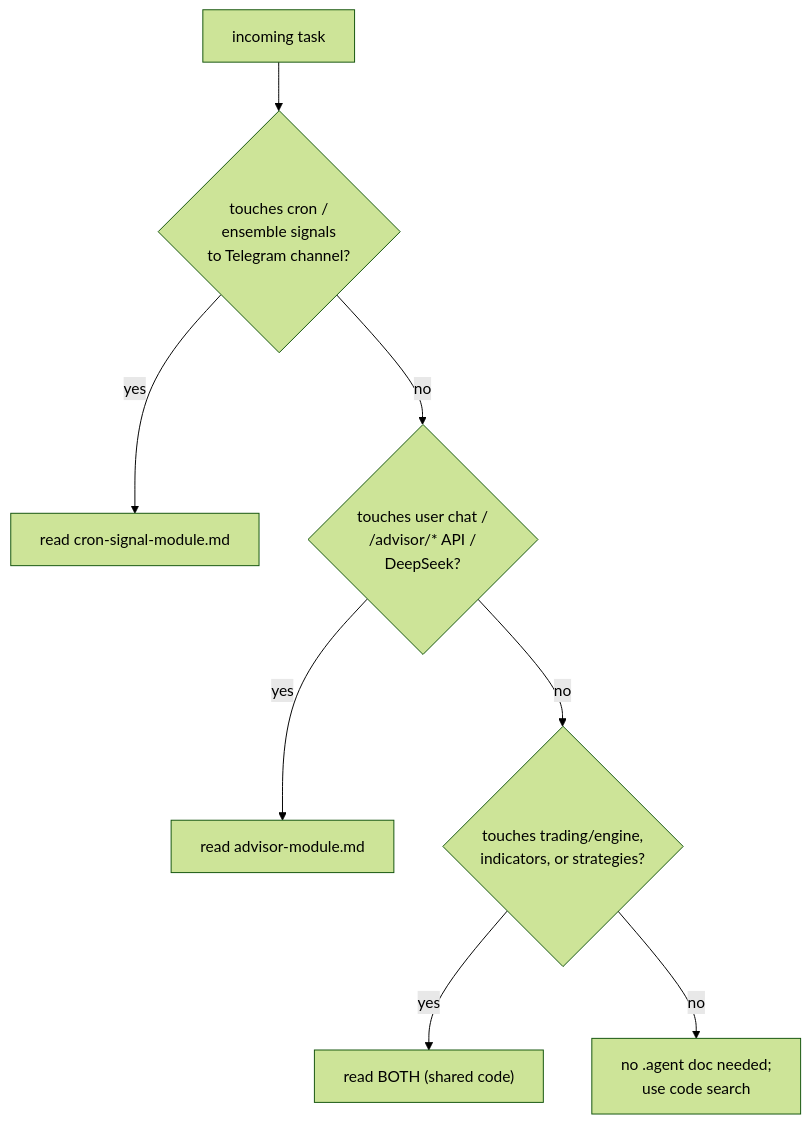
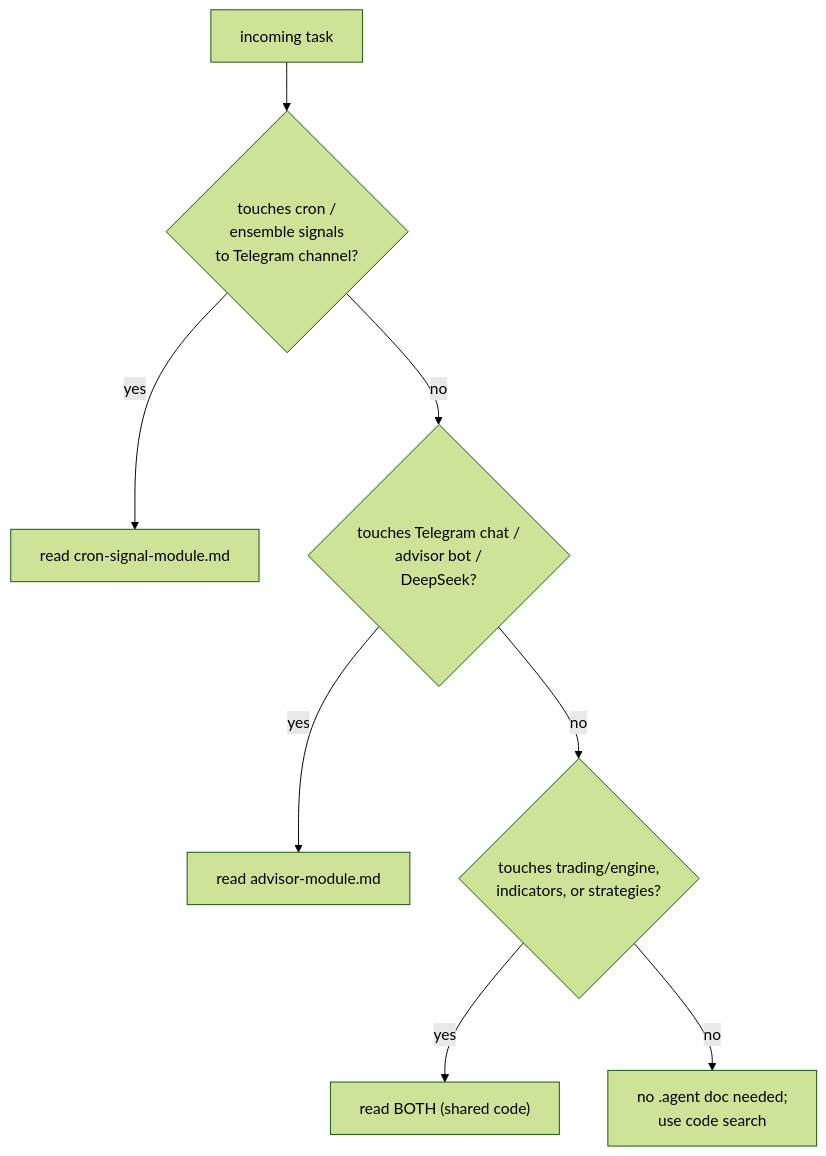
The diagram in .agent/README.md (johnnguyenit39/llm-trading), drawn with Mermaid (forest theme) before and after one commit. The commit also changed other lines of this file and 5 other files, not shown here.

````diff
--- a/.agent/README.md
+++ b/.agent/README.md
@@ -30,10 +30,10 @@
 ```mermaid
 flowchart TD
   Q["incoming task"] --> A{"touches cron /<br/>ensemble signals<br/>to Telegram channel?"}
   A -->|yes| CRON["read cron-signal-module.md"]
-  A -->|no| B{"touches user chat /<br/>/advisor/* API /<br/>DeepSeek?"}
+  A -->|no| B{"touches Telegram chat /<br/>advisor bot /<br/>DeepSeek?"}
   B -->|yes| ADV["read advisor-module.md"]
   B -->|no| BOTH{"touches trading/engine,<br/>indicators, or strategies?"}
   BOTH -->|yes| BOTH2["read BOTH (shared code)"]
   BOTH -->|no| NONE["no .agent doc needed;<br/>use code search"]
 ```
````
